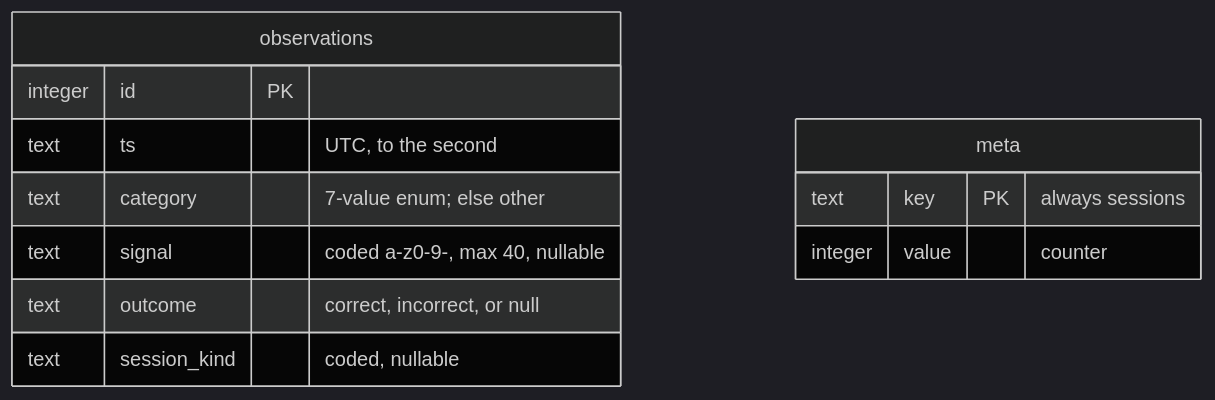
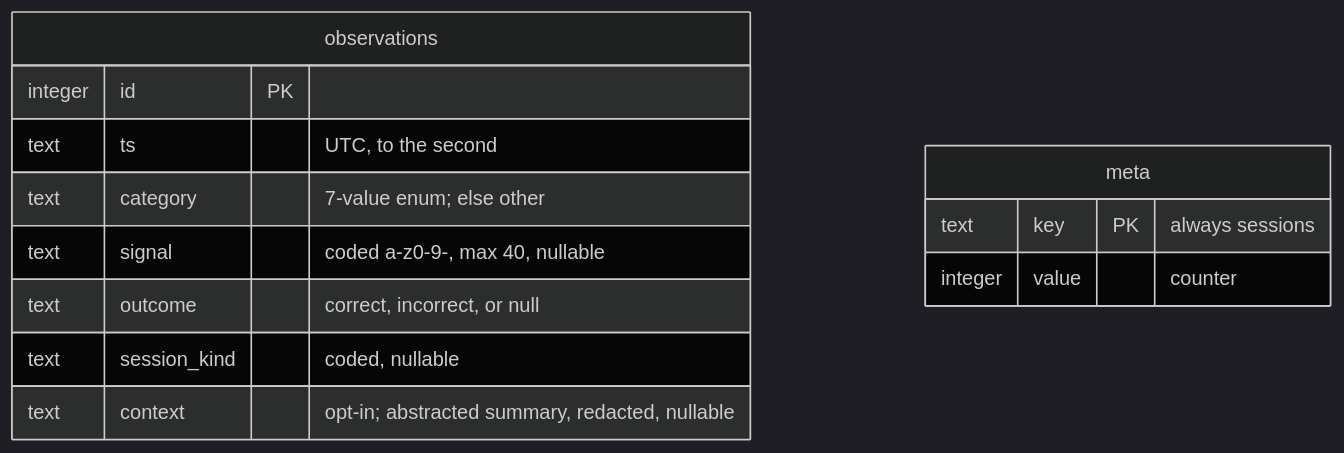
The first of 2 diagrams in docs/hooks.md (tvna/clairvoyance), drawn with Mermaid (dark theme) before and after one commit. The commit also changed other lines of this file and 4 other files, not shown here.

````diff
--- a/docs/hooks.md
+++ b/docs/hooks.md
@@ -60,15 +67,16 @@
 ```mermaid
 erDiagram
     observations {
         integer id PK
         text ts "UTC, to the second"
         text category "7-value enum; else other"
         text signal "coded a-z0-9-, max 40, nullable"
         text outcome "correct, incorrect, or null"
         text session_kind "coded, nullable"
+        text context "opt-in; abstracted summary, redacted, nullable"
     }
     meta {
         text key PK "always sessions"
         integer value "counter"
     }
 ```
````
